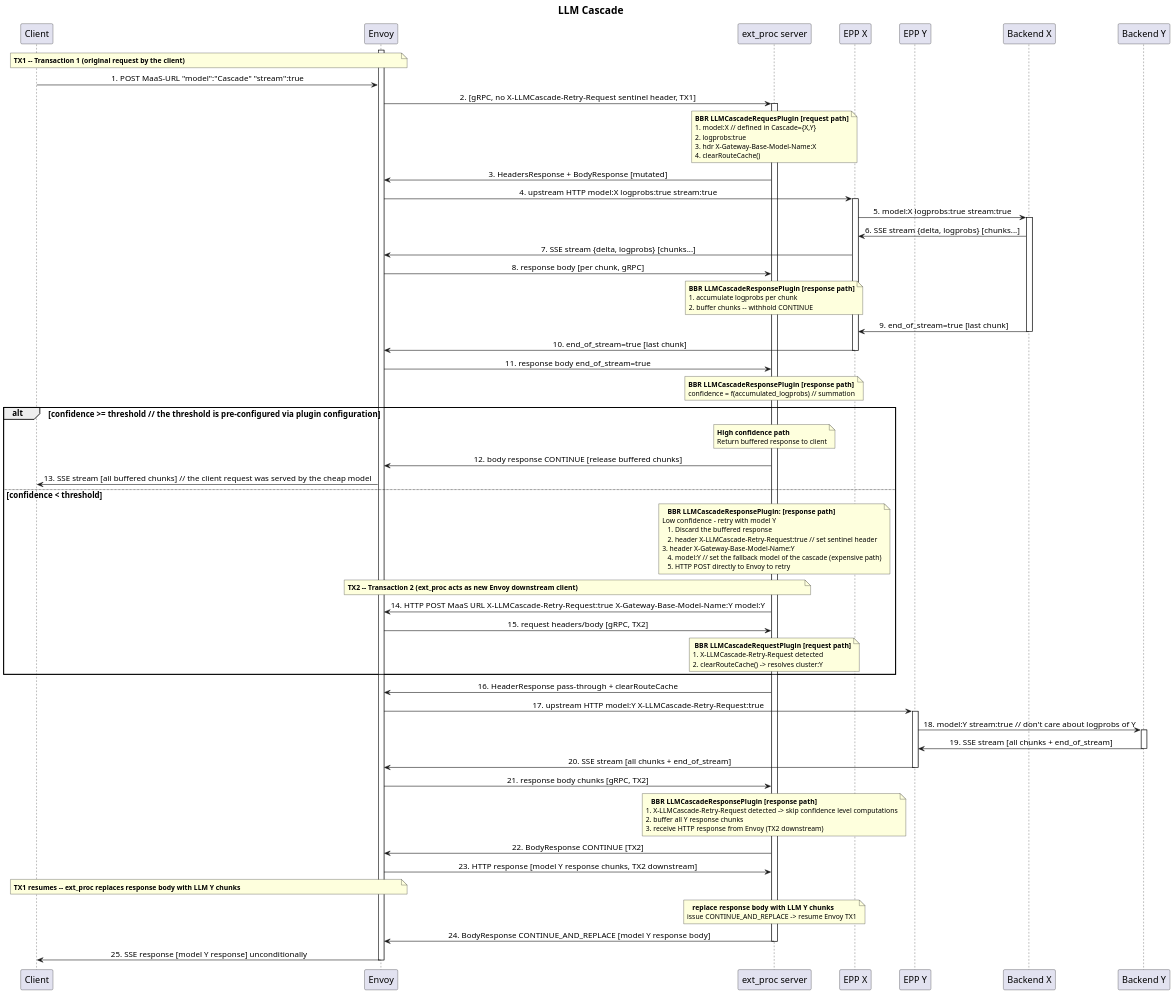
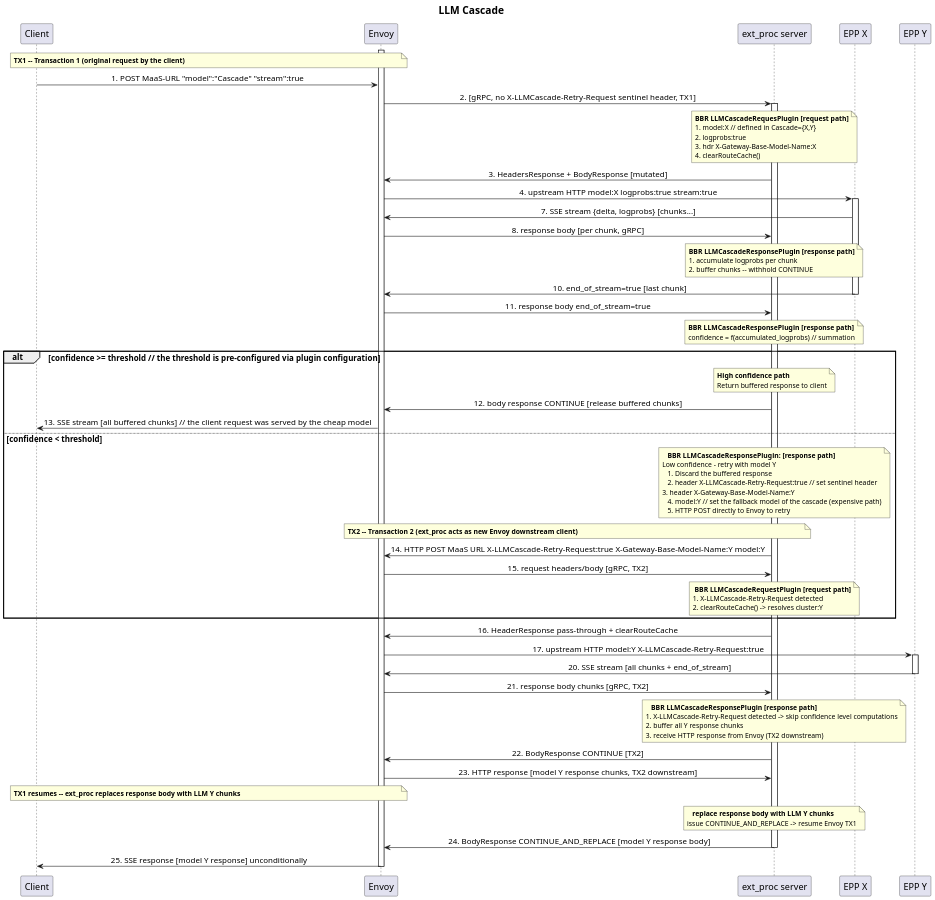
Before and after one commit to davidbreitgand/diagrams: the diagram in low-level-sequence-diagram.puml, drawn with PlantUML. The commit also changed 1 other file, not shown here.

```diff
--- a/low-level-sequence-diagram.puml
+++ b/low-level-sequence-diagram.puml
@@ -1,127 +1,116 @@
 @startuml LLMCascade
 ' PlantUML Diagram
 ' Edit this file to create your diagram
 
 ' High-quality settings optimized for Google Docs
 ' Balance between resolution and size to prevent cutoff
 skinparam dpi 400
 skinparam defaultFontSize 14
 skinparam titleFontSize 18
 skinparam participantFontSize 16
 skinparam sequenceMessageAlign center
 skinparam noteFontSize 12
 skinparam noteTextAlignment left
 
 ' Compact layout to fit page width
 skinparam ParticipantPadding 20
 skinparam BoxPadding 5
 skinparam SequenceMessageAlign center
 
 ' Prevent diagram cutoff
 scale 0.4
 
 title LLM Cascade
 
 participant "Client" as client
 participant "Envoy" as envoy
 participant "ext_proc server" as ext_proc
 participant "EPP X" as epp_cx
 participant "EPP Y" as epp_cy
-participant "Backend X" as backend_x
-participant "Backend Y" as backend_y
 
 activate envoy
 note over client,envoy
   **TX1 -- Transaction 1 (original request by the client)**
 end note
 client -> envoy: 1. POST MaaS-URL "model":"Cascade" "stream":true
 envoy -> ext_proc: 2. [gRPC, no X-LLMCascade-Retry-Request sentinel header, TX1]
 activate ext_proc
 note over ext_proc
   **BBR LLMCascadeRequesPlugin [request path]**
   1. model:X // defined in Cascade={X,Y}
   2. logprobs:true
   3. hdr X-Gateway-Base-Model-Name:X
   4. clearRouteCache()
 end note
 ext_proc -> envoy: 3. HeadersResponse + BodyResponse [mutated]
 envoy -> epp_cx: 4. upstream HTTP model:X logprobs:true stream:true
 activate epp_cx
-epp_cx -> backend_x: 5. model:X logprobs:true stream:true
-activate backend_x
-backend_x -> epp_cx: 6. SSE stream {delta, logprobs} [chunks...]
 epp_cx -> envoy: 7. SSE stream {delta, logprobs} [chunks...]
 envoy -> ext_proc: 8. response body [per chunk, gRPC]
 note over ext_proc
   **BBR LLMCascadeResponsePlugin [response path]**
   1. accumulate logprobs per chunk
   2. buffer chunks -- withhold CONTINUE
 end note 
-backend_x -> epp_cx: 9. end_of_stream=true [last chunk]
-deactivate backend_x
 epp_cx -> envoy: 10. end_of_stream=true [last chunk]
 deactivate epp_cx
 envoy -> ext_proc: 11. response body end_of_stream=true
 note over ext_proc
   **BBR LLMCascadeResponsePlugin [response path]**
   confidence = f(accumulated_logprobs) // summation
 end note
 
 alt confidence >= threshold // the threshold is pre-configured via plugin configuration
   note over ext_proc
     **High confidence path**
     Return buffered response to client
   end note
   ext_proc -> envoy: 12. body response CONTINUE [release buffered chunks]
   envoy -> client: 13. SSE stream [all buffered chunks] // the client request was served by the cheap model
 else confidence < threshold
   note over ext_proc
     **BBR LLMCascadeResponsePlugin: [response path]**
 	Low confidence - retry with model Y
     1. Discard the buffered response
     2. header X-LLMCascade-Retry-Request:true // set sentinel header
 	3. header X-Gateway-Base-Model-Name:Y
     4. model:Y // set the fallback model of the cascade (expensive path)
     5. HTTP POST directly to Envoy to retry
   end note
   note over envoy,ext_proc
     **TX2 -- Transaction 2 (ext_proc acts as new Envoy downstream client)**
   end note
   ext_proc -> envoy: 14. HTTP POST MaaS URL X-LLMCascade-Retry-Request:true X-Gateway-Base-Model-Name:Y model:Y
   envoy -> ext_proc: 15. request headers/body [gRPC, TX2]
   note over ext_proc
     **BBR LLMCascadeRequestPlugin [request path]**
    1. X-LLMCascade-Retry-Request detected
    2. clearRouteCache() -> resolves cluster:Y
   end note
 end
   ext_proc -> envoy: 16. HeaderResponse pass-through + clearRouteCache
   envoy -> epp_cy: 17. upstream HTTP model:Y X-LLMCascade-Retry-Request:true
   activate epp_cy
-  epp_cy -> backend_y: 18. model:Y stream:true // don't care about logprobs of Y
-  activate backend_y
-  backend_y -> epp_cy: 19. SSE stream [all chunks + end_of_stream]
-  deactivate backend_y
   epp_cy -> envoy: 20. SSE stream [all chunks + end_of_stream]
   deactivate epp_cy
   envoy -> ext_proc: 21. response body chunks [gRPC, TX2]
   note over ext_proc
     **BBR LLMCascadeResponsePlugin [response path]**
  1. X-LLMCascade-Retry-Request detected -> skip confidence level computations
  2. buffer all Y response chunks
  3. receive HTTP response from Envoy (TX2 downstream)
   end note
   ext_proc -> envoy: 22. BodyResponse CONTINUE [TX2]
   envoy -> ext_proc: 23. HTTP response [model Y response chunks, TX2 downstream]
   note over client,envoy
     **TX1 resumes -- ext_proc replaces response body with LLM Y chunks**
   end note
   note over ext_proc
     **replace response body with LLM Y chunks**
  issue CONTINUE_AND_REPLACE -> resume Envoy TX1
   end note
   ext_proc -> envoy: 24. BodyResponse CONTINUE_AND_REPLACE [model Y response body]
   deactivate ext_proc
   envoy -> client: 25. SSE response [model Y response] unconditionally
   deactivate envoy
 @enduml
```
